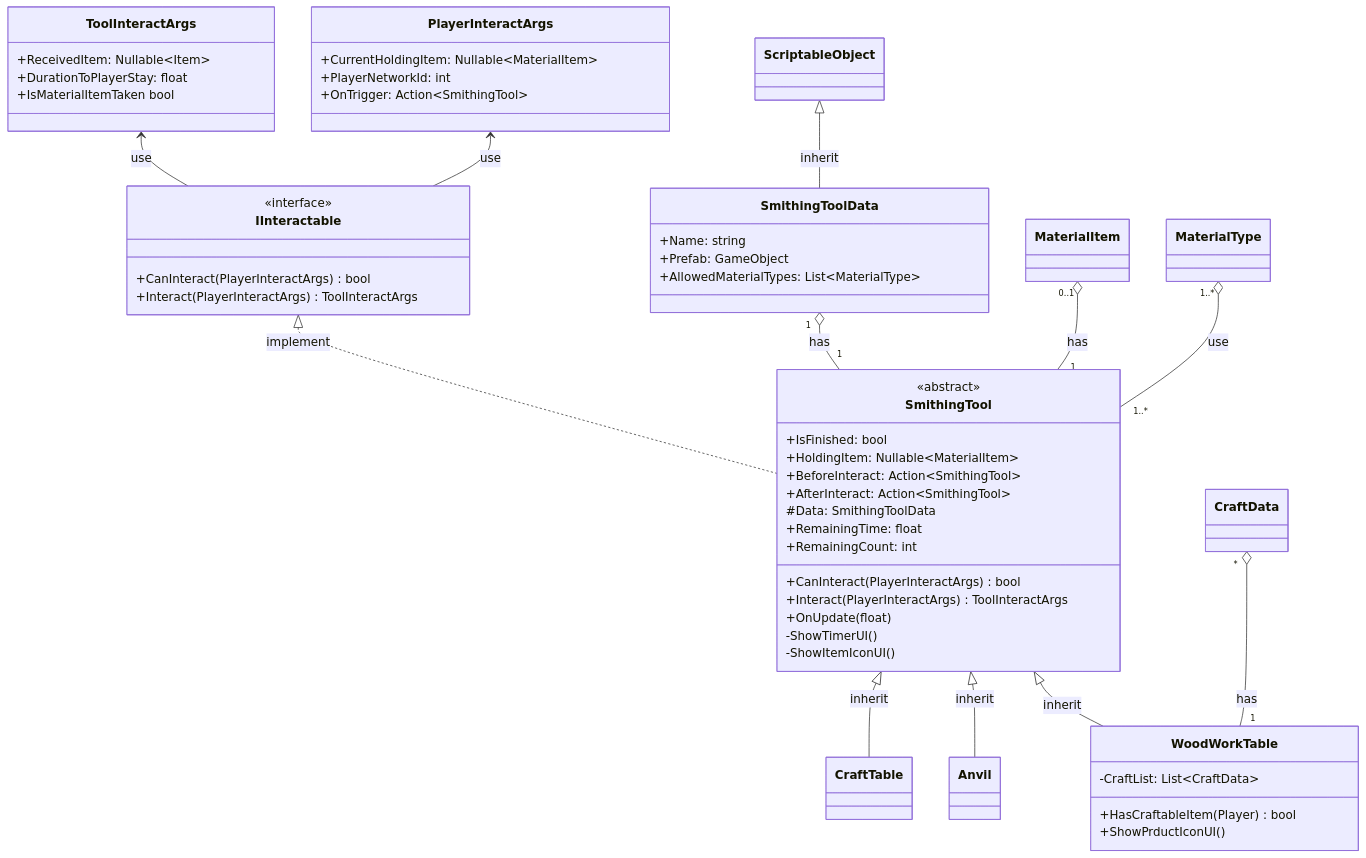
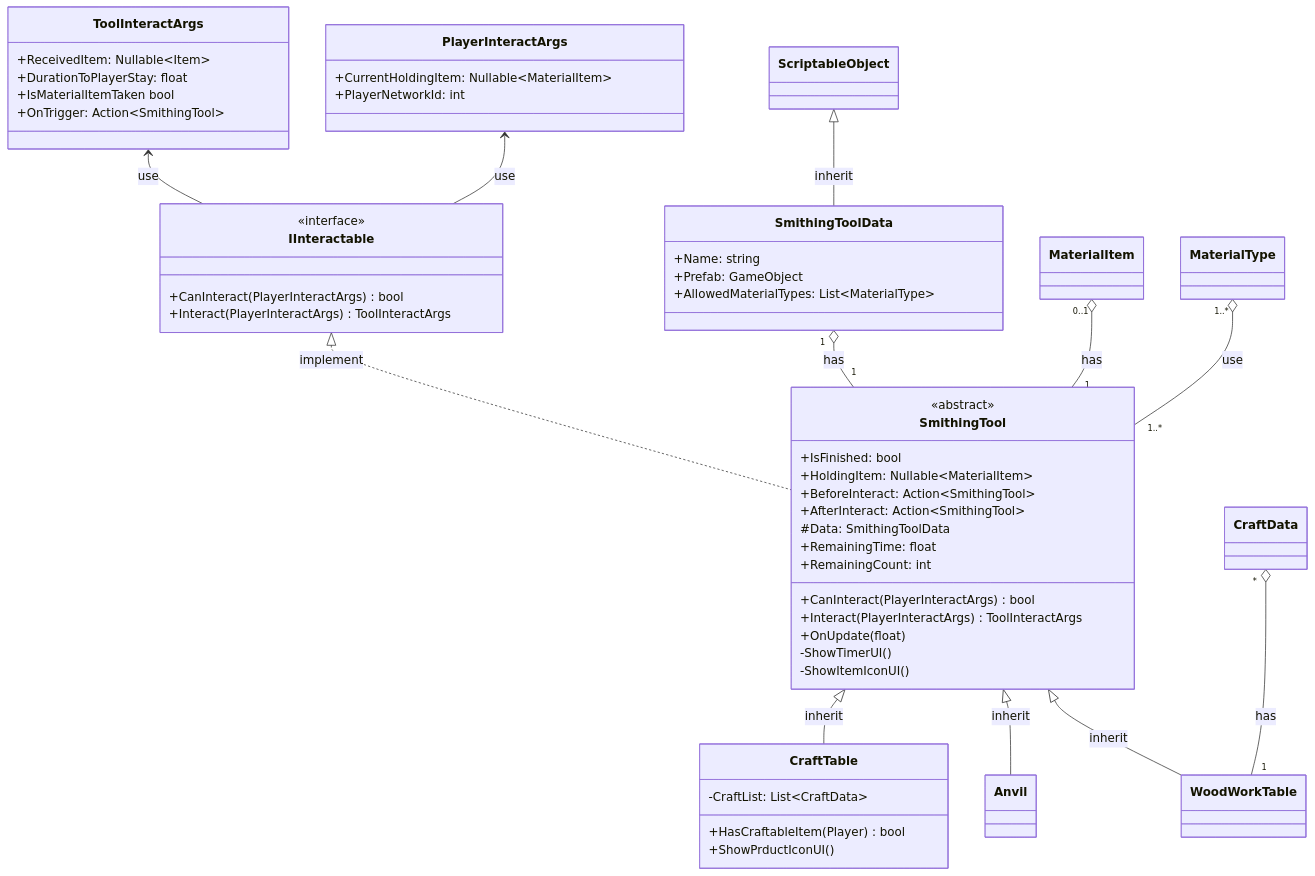
Before and after one commit to Seonggyu-Min/Overforged: the second of 2 diagrams in Assets/SHG/README.md, drawn with Mermaid. The commit also changed 16 other files, not shown here.

````diff
--- a/Assets/SHG/README.md
+++ b/Assets/SHG/README.md
@@ -79,69 +79,69 @@
 ```mermaid
 classDiagram
 
     class PlayerInteractArgs {
         +CurrentHoldingItem: Nullable~MaterialItem~
         +PlayerNetworkId: int
-        +OnTrigger: Action~SmithingTool~
     }
 
     class ToolInteractArgs {
         +ReceivedItem: Nullable~Item~
         +DurationToPlayerStay: float
         +IsMaterialItemTaken bool
+        +OnTrigger: Action~SmithingTool~
     }
 
     class SmithingToolData {
         +Name: string
         +Prefab: GameObject
         +AllowedMaterialTypes: List~MaterialType~
     }
 
 	class SmithingTool {
     	<<abstract>>
         +IsFinished: bool 
         +HoldingItem: Nullable~MaterialItem~  
         +BeforeInteract: Action~SmithingTool~
         +AfterInteract: Action~SmithingTool~
         #Data: SmithingToolData
         +CanInteract(PlayerInteractArgs) bool
         +Interact(PlayerInteractArgs) ToolInteractArgs
         +OnUpdate(float)
         +RemainingTime: float 
         +RemainingCount: int
         -ShowTimerUI()
         -ShowItemIconUI()
 	}
 
     class IInteractable {
         <<interface>>
         +CanInteract(PlayerInteractArgs) bool
         +Interact(PlayerInteractArgs) ToolInteractArgs
     }
 
-    class WoodWorkTable {
+    class CraftTable {
         +HasCraftableItem(Player) bool
         +ShowPrductIconUI()
         -CraftList: List~CraftData~
     }
 
     class Anvil {
 
     }
 
     class CraftTable {
         
     }
     
     ScriptableObject <|-- SmithingToolData: inherit
     SmithingToolData "1" o-- "1" SmithingTool: has
     IInteractable <|.. SmithingTool: implement
     PlayerInteractArgs <-- IInteractable: use
     ToolInteractArgs <-- IInteractable: use
     MaterialItem "0..1" o-- "1" SmithingTool: has
     MaterialType "1..*" o-- "1..*" SmithingTool: use
     SmithingTool <|-- WoodWorkTable: inherit
     SmithingTool <|-- Anvil: inherit 
     SmithingTool <|-- CraftTable: inherit
     CraftData "*" o-- "1" WoodWorkTable: has
 ```
````
